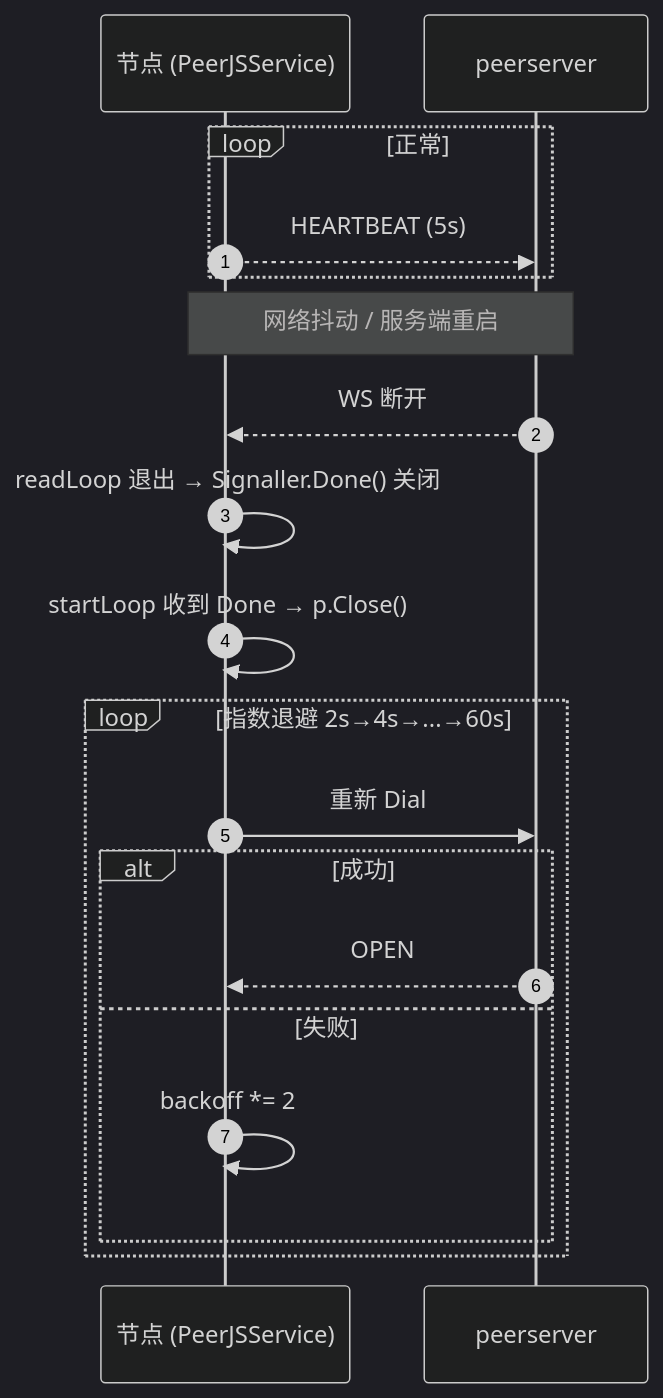
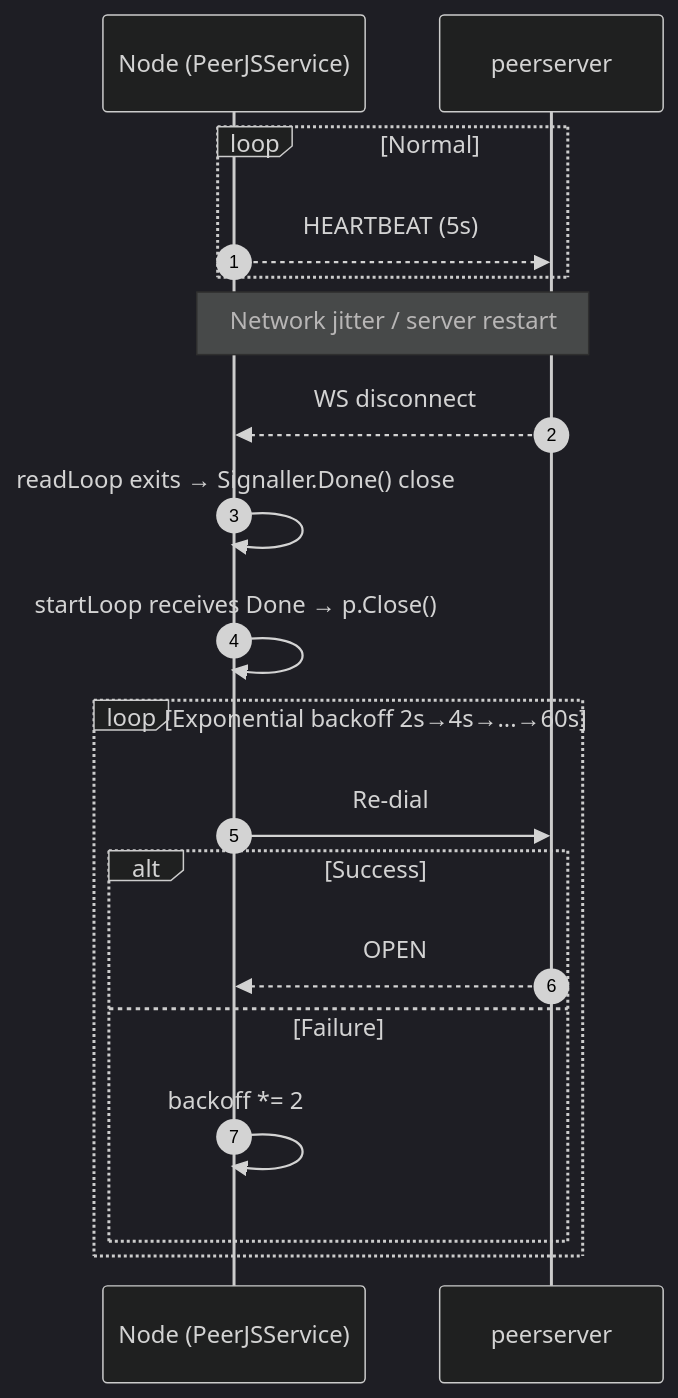
One commit to Hana-ame/peerdrive changed the sixth of 6 diagrams in doc/PEERSIGNAL.md. Above: the diagram before and after it, drawn with Mermaid (dark theme). The commit also changed other lines of this file and 357 other files, not shown here.

````diff
--- a/doc/PEERSIGNAL.md
+++ b/doc/PEERSIGNAL.md
@@ -236,22 +236,22 @@
 ```mermaid
 sequenceDiagram
     autonumber
-    participant N as 节点 (PeerJSService)
+    participant N as Node (PeerJSService)
     participant S as peerserver
 
-    loop 正常
+    loop Normal
         N-->>S: HEARTBEAT (5s)
     end
-    Note over N,S: 网络抖动 / 服务端重启
-    S-->>N: WS 断开
-    N->>N: readLoop 退出 → Signaller.Done() 关闭
-    N->>N: startLoop 收到 Done → p.Close()
-    loop 指数退避 2s→4s→...→60s
-        N->>S: 重新 Dial
-        alt 成功
+    Note over N,S: Network jitter / server restart
+    S-->>N: WS disconnect
+    N->>N: readLoop exits → Signaller.Done() close
+    N->>N: startLoop receives Done → p.Close()
+    loop Exponential backoff 2s→4s→...→60s
+        N->>S: Re-dial
+        alt Success
             S-->>N: OPEN
-        else 失败
+        else Failure
             N->>N: backoff *= 2
         end
     end
 ```
````
